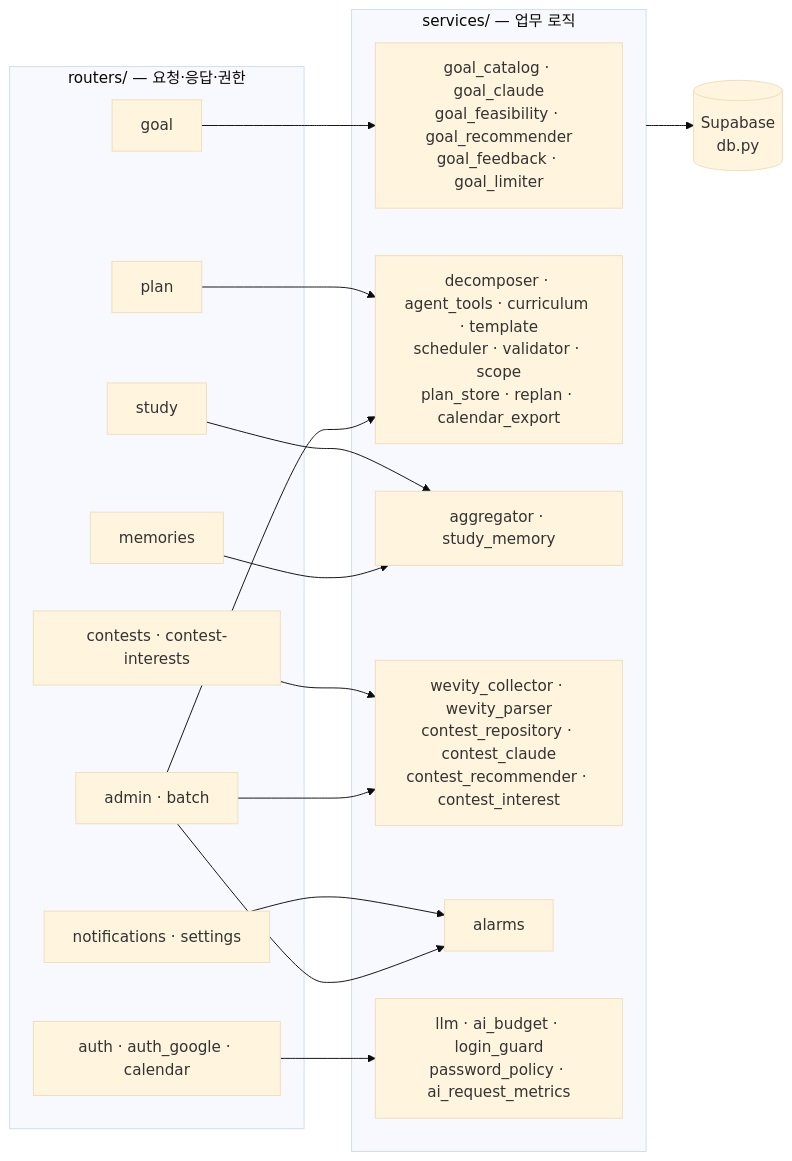
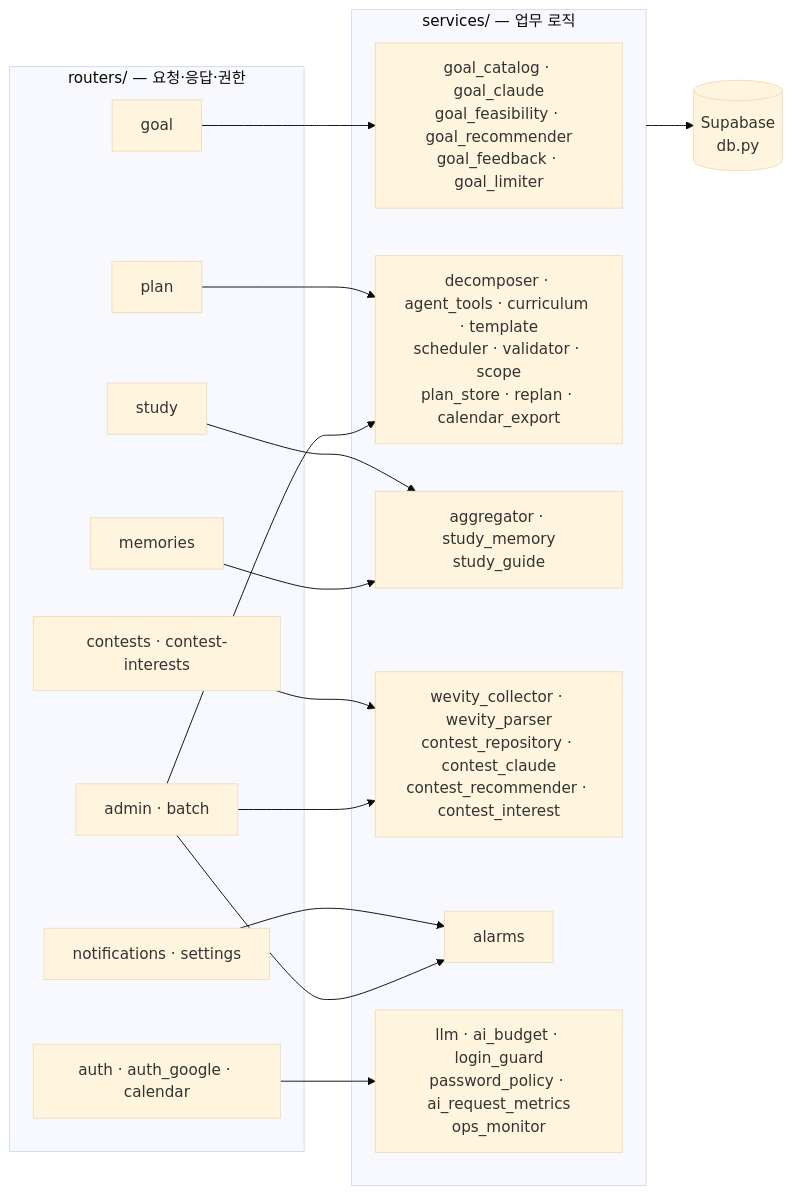
One commit to dinf7605/Codyssey_FinalProject changed the second of 9 diagrams in docs/architecture.md. Above: the diagram before and after it, drawn with Mermaid (base theme). The commit also changed other lines of this file and 4 other files, not shown here.

````diff
--- a/docs/architecture.md
+++ b/docs/architecture.md
@@ -87,31 +93,31 @@
 ```mermaid
 flowchart LR
     subgraph R["routers/ — 요청·응답·권한"]
         rgoal[goal]
         rplan[plan]
         rstudy[study]
         rcont[contests · contest-interests]
         rmem[memories]
         rnoti[notifications · settings]
         rauth[auth · auth_google · calendar]
         radmin[admin · batch]
     end
     subgraph S["services/ — 업무 로직"]
         sgoal["goal_catalog · goal_claude<br/>goal_feasibility · goal_recommender<br/>goal_feedback · goal_limiter"]
         splan["decomposer · agent_tools · curriculum · template<br/>scheduler · validator · scope<br/>plan_store · replan · calendar_export"]
-        sstudy["aggregator · study_memory"]
+        sstudy["aggregator · study_memory<br/>study_guide"]
         scont["wevity_collector · wevity_parser<br/>contest_repository · contest_claude<br/>contest_recommender · contest_interest"]
         snoti["alarms"]
-        sbase["llm · ai_budget · login_guard<br/>password_policy · ai_request_metrics"]
+        sbase["llm · ai_budget · login_guard<br/>password_policy · ai_request_metrics<br/>ops_monitor"]
     end
     db[("Supabase<br/>db.py")]
     rgoal --> sgoal
     rplan --> splan
     rstudy --> sstudy
     rcont --> scont
     rmem --> sstudy
     rnoti --> snoti
     rauth --> sbase
     radmin --> snoti & scont & splan
     S --> db
 ```
````
